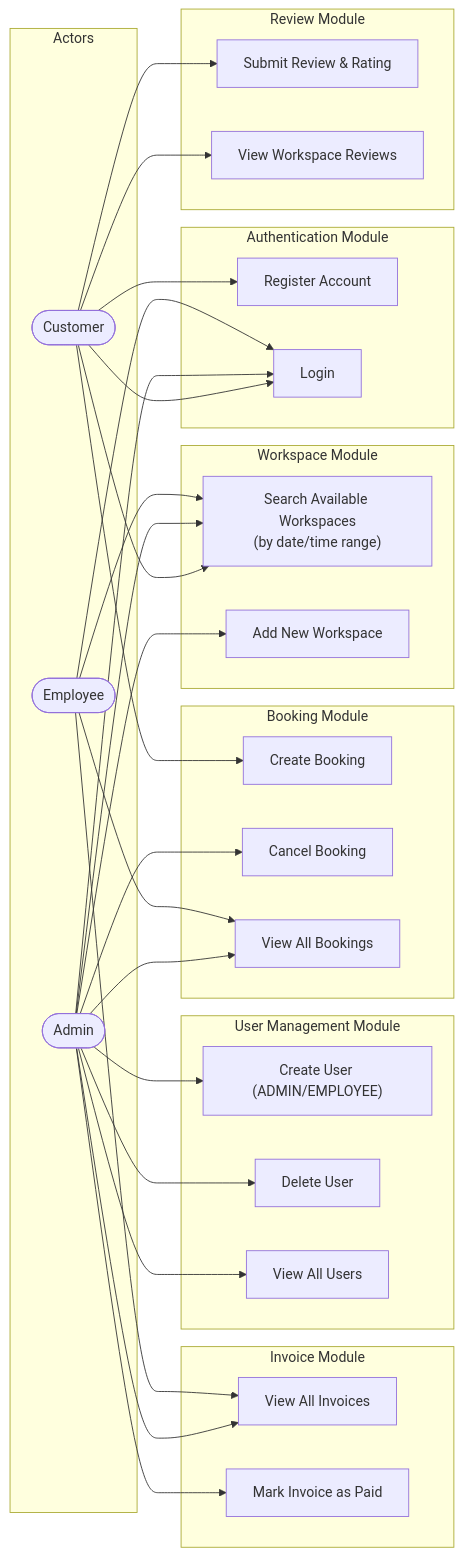
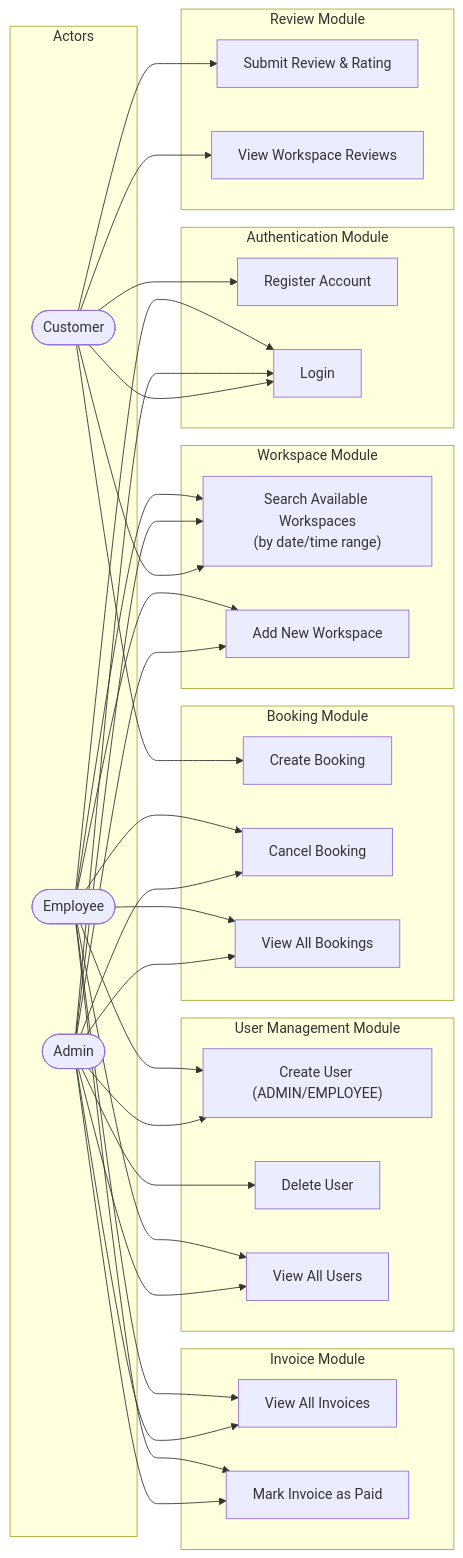
Before and after one commit to Stain04/Cowork-hub: the third of 9 diagrams in SRS.md, drawn with Mermaid. The commit also changed other lines of this file and 2 other files, not shown here.

````diff
--- a/SRS.md
+++ b/SRS.md
@@ -411,63 +414,68 @@
 ```mermaid
 flowchart LR
     subgraph ACTORS["Actors"]
         C(["Customer"])
         A(["Admin"])
         EM(["Employee"])
     end
 
     subgraph AUTH["Authentication Module"]
         UC1["Register Account"]
         UC2["Login"]
     end
 
     subgraph WORKSPACE_MOD["Workspace Module"]
         UC3["Search Available Workspaces\n(by date/time range)"]
         UC8["Add New Workspace"]
     end
 
     subgraph BOOKING_MOD["Booking Module"]
         UC4["Create Booking"]
         UC9["Cancel Booking"]
         UC10["View All Bookings"]
     end
 
     subgraph INVOICE_MOD["Invoice Module"]
         UC11["View All Invoices"]
         UC12["Mark Invoice as Paid"]
     end
 
     subgraph REVIEW_MOD["Review Module"]
         UC5["Submit Review & Rating"]
         UC6["View Workspace Reviews"]
     end
 
     subgraph USER_MOD["User Management Module"]
         UC7["Create User (ADMIN/EMPLOYEE)"]
         UC13["Delete User"]
         UC14["View All Users"]
     end
 
     C --> UC1
     C --> UC2
     C --> UC3
     C --> UC4
     C --> UC5
     C --> UC6
 
     A --> UC2
     A --> UC3
     A --> UC7
     A --> UC8
     A --> UC9
     A --> UC10
     A --> UC11
     A --> UC12
     A --> UC13
     A --> UC14
 
     EM --> UC2
     EM --> UC3
+    EM --> UC7
+    EM --> UC8
+    EM --> UC9
     EM --> UC10
     EM --> UC11
+    EM --> UC12
+    EM --> UC14
 ```
````
